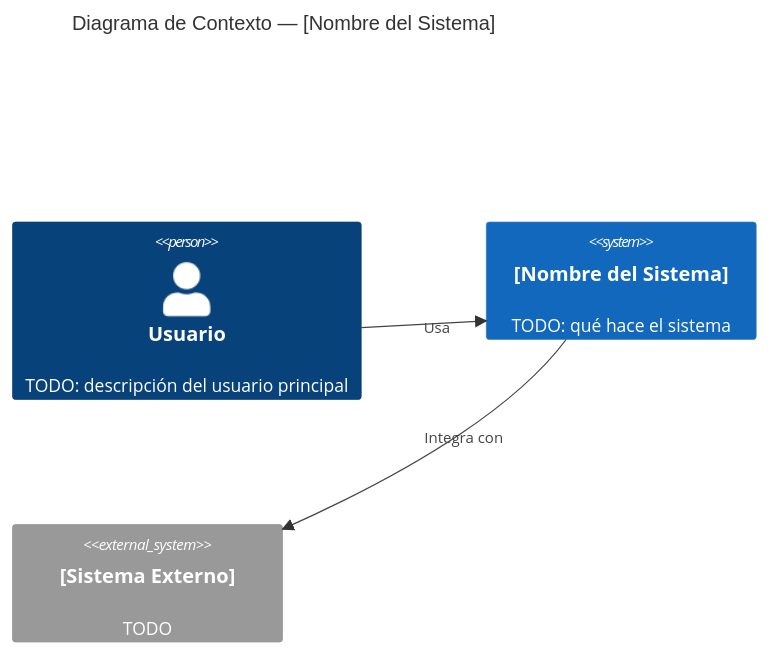
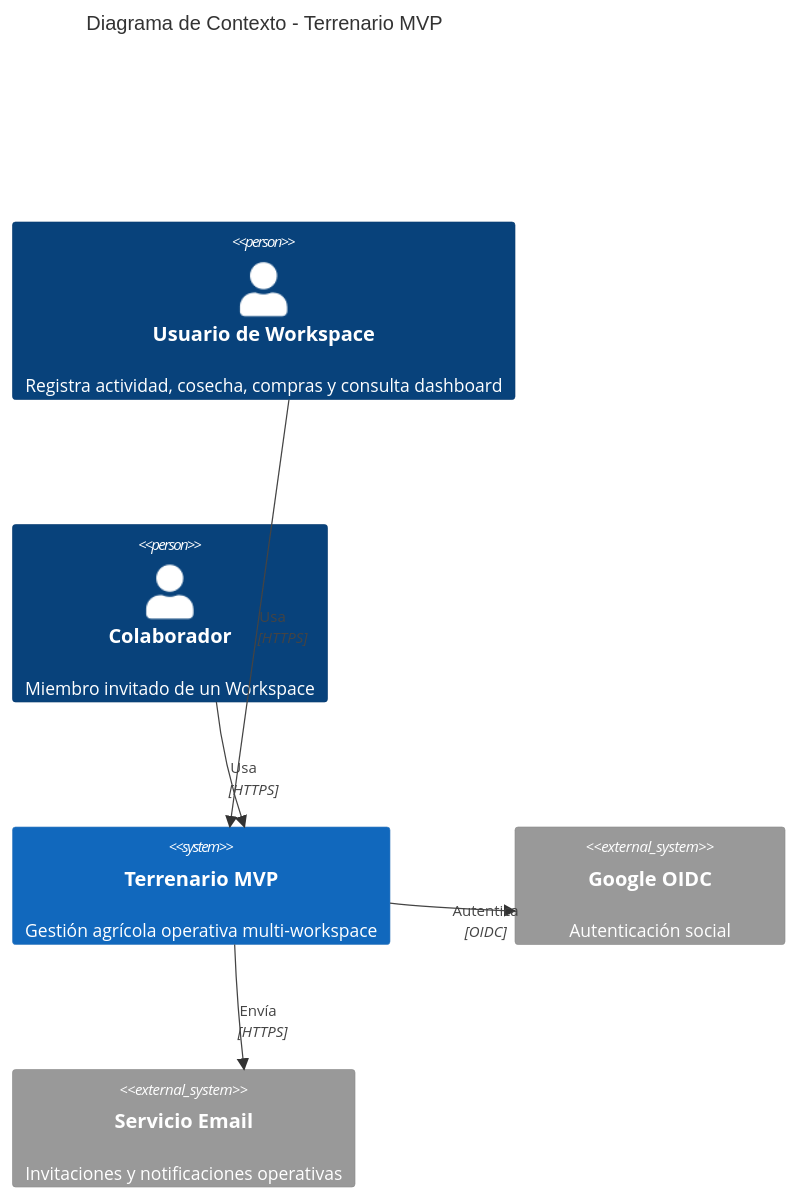
The first of 2 diagrams in docs/02-arquitectura/vision-general.md (AndresGilabert/terrenario), drawn with Mermaid before and after one commit. The commit also changed other lines of this file and 34 other files, not shown here.

````diff
--- a/docs/02-arquitectura/vision-general.md
+++ b/docs/02-arquitectura/vision-general.md
@@ -19,11 +48,15 @@
 ```mermaid
 C4Context
-    title Diagrama de Contexto — [Nombre del Sistema]
+    title Diagrama de Contexto - Terrenario MVP
 
-    Person(usuario, "Usuario", "TODO: descripción del usuario principal")
-    System(sistema, "[Nombre del Sistema]", "TODO: qué hace el sistema")
-    System_Ext(sistemaExterno, "[Sistema Externo]", "TODO")
+    Person(agricultor, "Usuario de Workspace", "Registra actividad, cosecha, compras y consulta dashboard")
+    Person(colaborador, "Colaborador", "Miembro invitado de un Workspace")
+    System(terrenario, "Terrenario MVP", "Gestión agrícola operativa multi-workspace")
+    System_Ext(google_oidc, "Google OIDC", "Autenticación social")
+    System_Ext(email_service, "Servicio Email", "Invitaciones y notificaciones operativas")
 
-    Rel(usuario, sistema, "Usa")
-    Rel(sistema, sistemaExterno, "Integra con")
+    Rel(agricultor, terrenario, "Usa", "HTTPS")
+    Rel(colaborador, terrenario, "Usa", "HTTPS")
+    Rel(terrenario, google_oidc, "Autentica", "OIDC")
+    Rel(terrenario, email_service, "Envía", "HTTPS")
 ```
````
